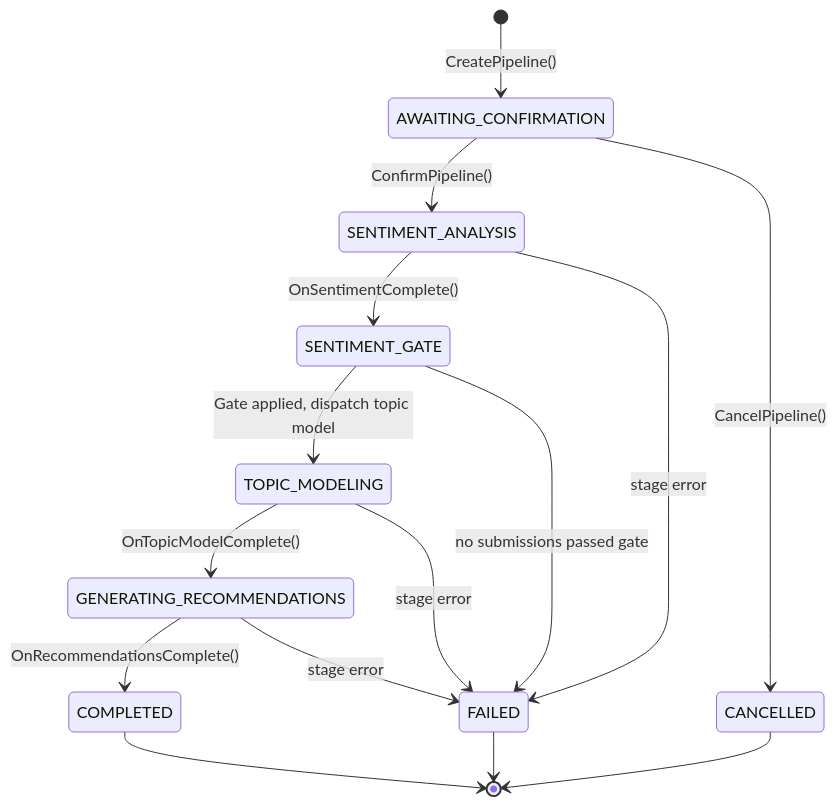
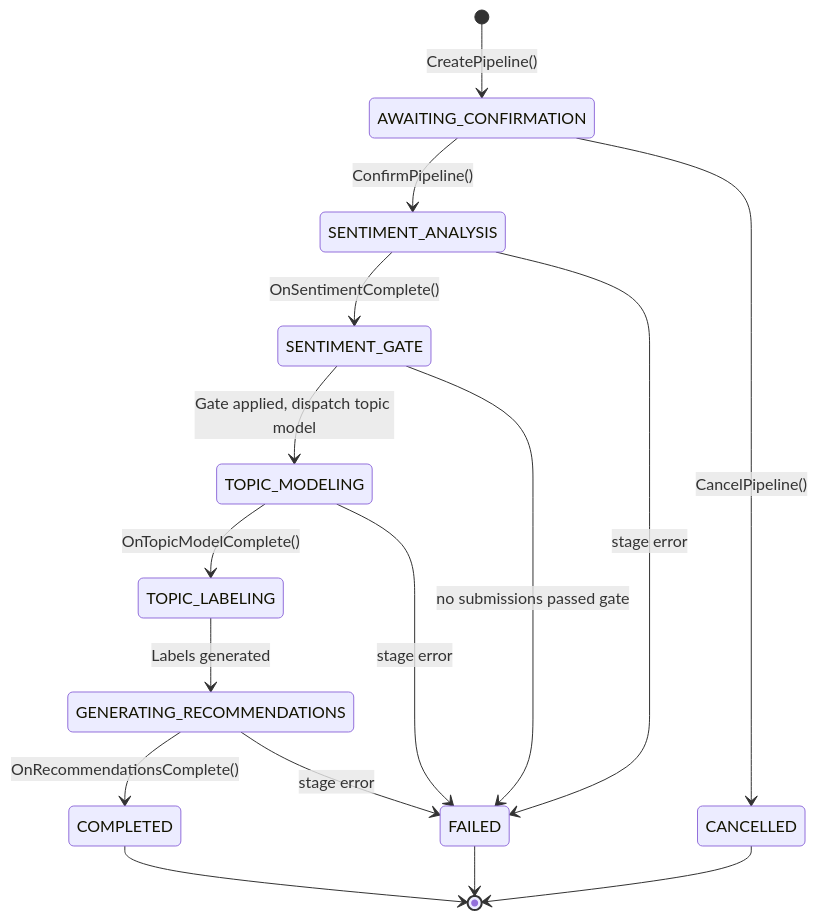
One commit to CtrlAltElite-Devs/api.faculytics changed the diagram in docs/architecture/ai-inference-pipeline.md. Above: the diagram before and after it, drawn with Mermaid. The commit also changed other lines of this file and 10 other files, not shown here.

First line of the commit message:
FAC-52 feat: add topic labeling pipeline step with LLM-based label generation

````diff
--- a/docs/architecture/ai-inference-pipeline.md
+++ b/docs/architecture/ai-inference-pipeline.md
@@ -32,20 +32,21 @@
 ```mermaid
 stateDiagram-v2
     [*] --> AWAITING_CONFIRMATION: CreatePipeline()
     AWAITING_CONFIRMATION --> SENTIMENT_ANALYSIS: ConfirmPipeline()
     AWAITING_CONFIRMATION --> CANCELLED: CancelPipeline()
 
     SENTIMENT_ANALYSIS --> SENTIMENT_GATE: OnSentimentComplete()
     SENTIMENT_GATE --> TOPIC_MODELING: Gate applied, dispatch topic model
-    TOPIC_MODELING --> GENERATING_RECOMMENDATIONS: OnTopicModelComplete()
+    TOPIC_MODELING --> TOPIC_LABELING: OnTopicModelComplete()
+    TOPIC_LABELING --> GENERATING_RECOMMENDATIONS: Labels generated
     GENERATING_RECOMMENDATIONS --> COMPLETED: OnRecommendationsComplete()
 
     SENTIMENT_ANALYSIS --> FAILED: stage error
     SENTIMENT_GATE --> FAILED: no submissions passed gate
     TOPIC_MODELING --> FAILED: stage error
     GENERATING_RECOMMENDATIONS --> FAILED: stage error
 
     COMPLETED --> [*]
     FAILED --> [*]
     CANCELLED --> [*]
 ```
````
